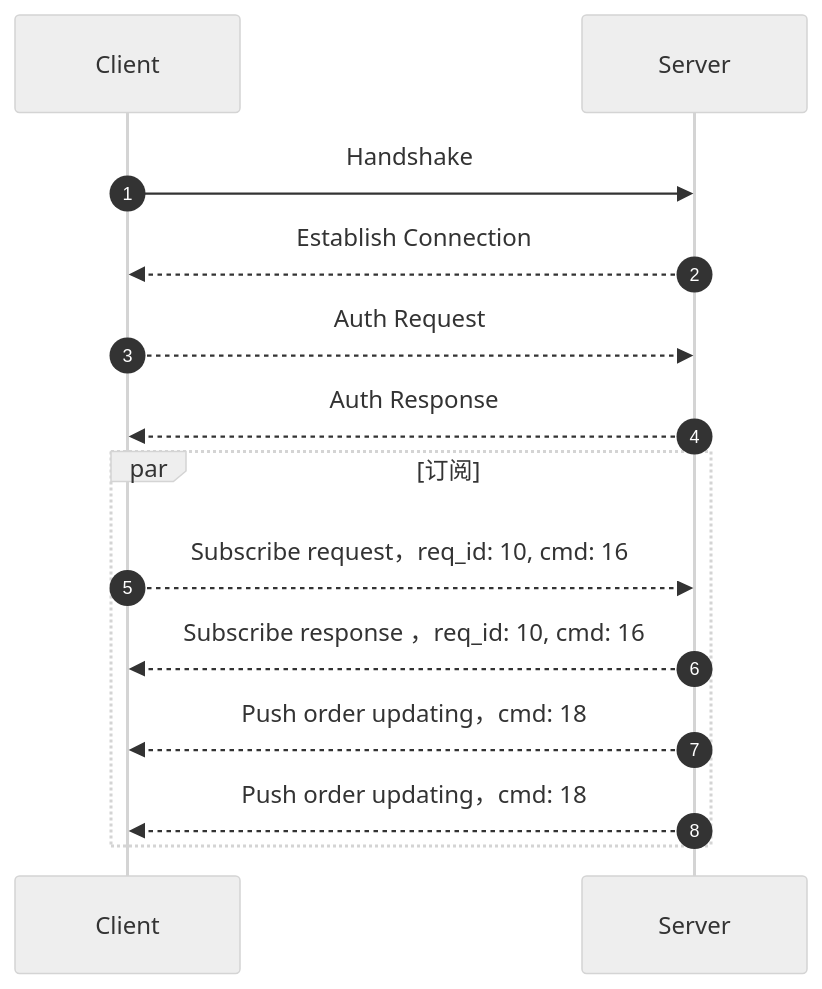
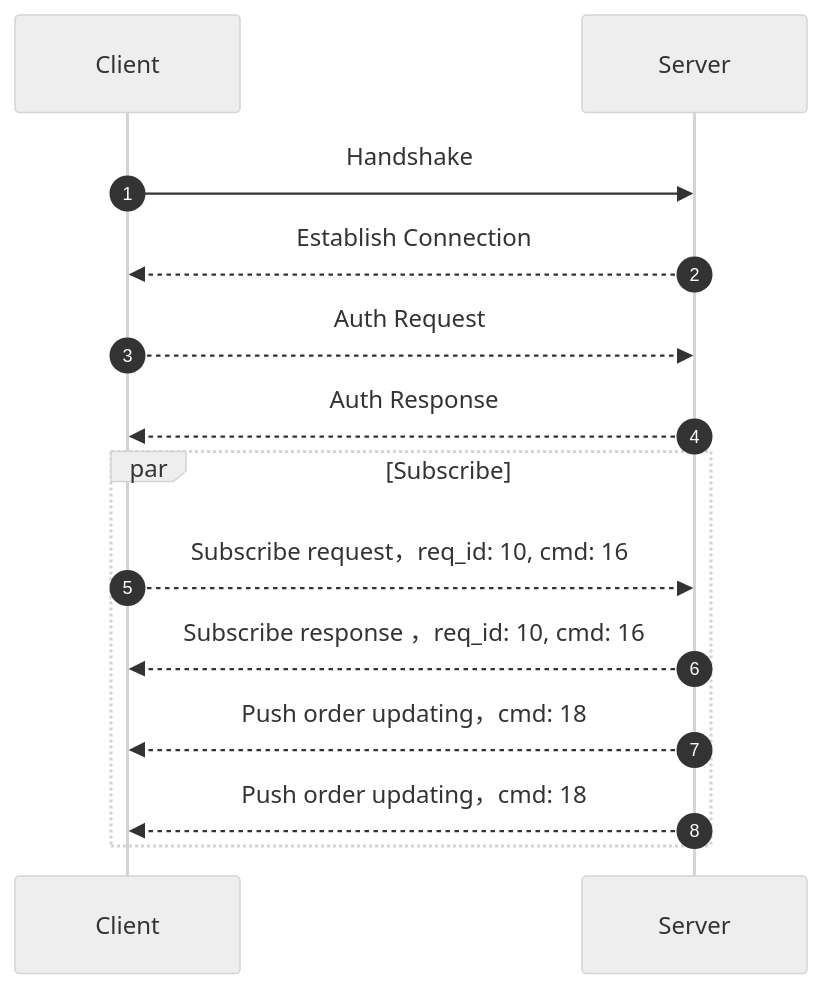
One commit to longportapp/openapi-website changed the diagram in i18n/en/docusaurus-plugin-content-docs/current/socket/how_to_subscribe_trade.md. Above: the diagram before and after it, drawn with Mermaid (neutral theme).

Commit message:
订阅 -> Subscribe

````diff
--- a/i18n/en/docusaurus-plugin-content-docs/current/socket/how_to_subscribe_trade.md
+++ b/i18n/en/docusaurus-plugin-content-docs/current/socket/how_to_subscribe_trade.md
@@ -18,18 +18,18 @@
 ```mermaid
 sequenceDiagram
 autonumber
 Client ->> Server: Handshake
 Server -->> Client: Establish Connection
 Client -->> Server: Auth Request
 Server -->> Client: Auth Response
 
-par 订阅
+par Subscribe
 Client -->> Server: Subscribe request，req_id: 10, cmd: 16
 Server -->> Client: Subscribe response ，req_id: 10, cmd: 16
 
 Server -->> Client: Push order updating，cmd: 18
 Server -->> Client: Push order updating，cmd: 18
 
 end
 
 ```
````
